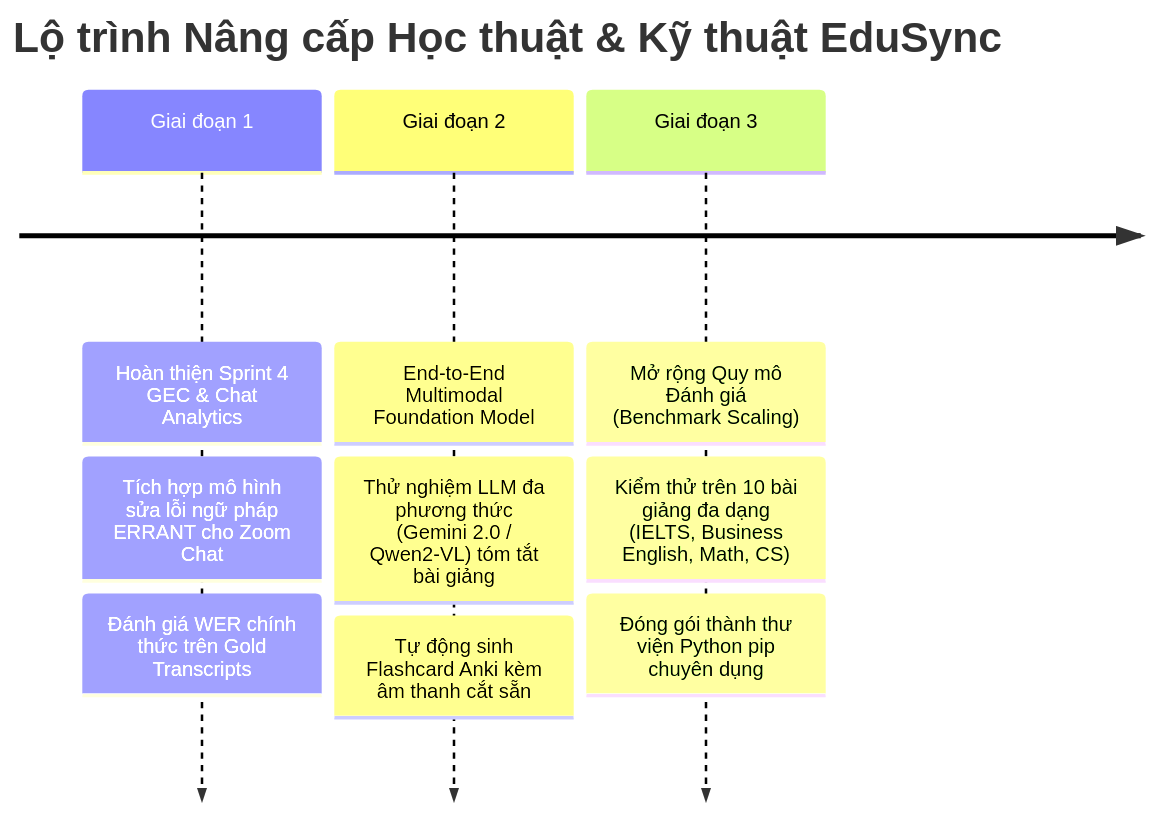
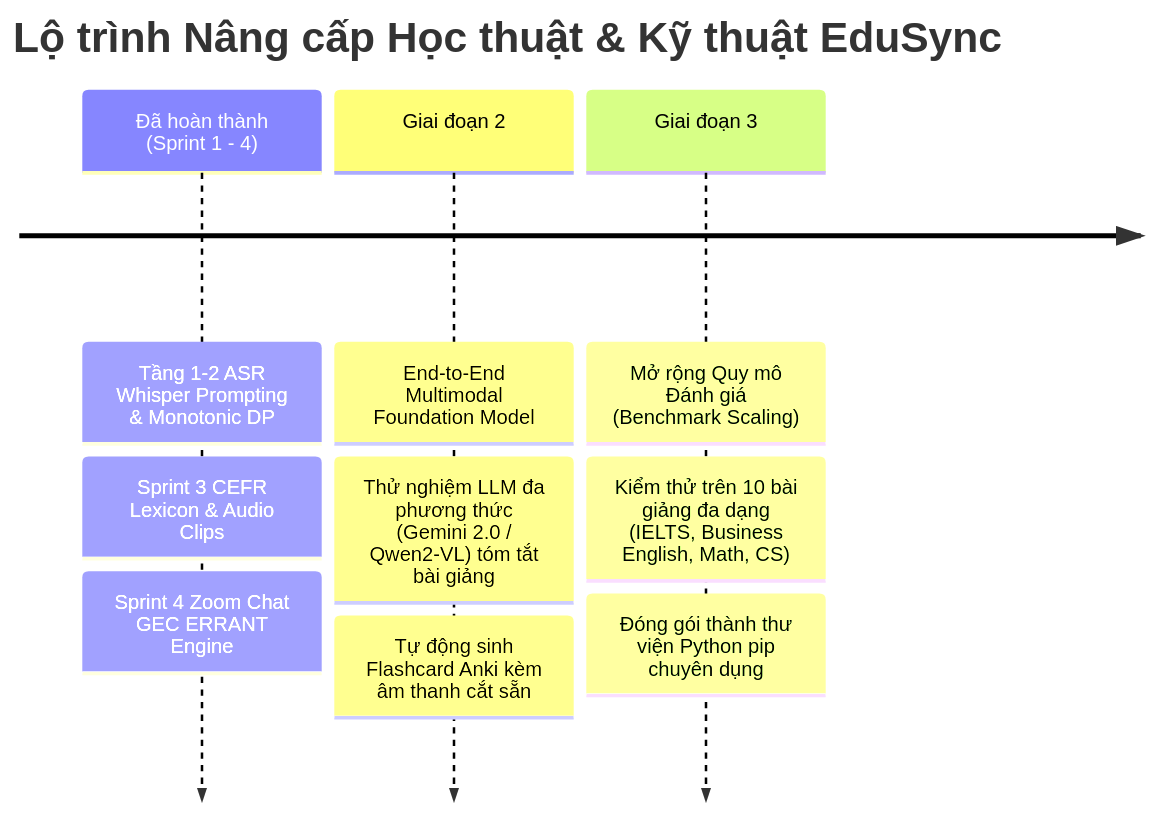
One commit to CelesEclipse/NLP501_edusync_mvp changed the second of 2 diagrams in report/edusync_nlp_architecture_and_literature.md. Above: the diagram before and after it, drawn with Mermaid. The commit also changed other lines of this file, not shown here.

Commit message:
docs(report): update NLP architecture with Sprint 4 GEC ERRANT engine details

````diff
--- a/report/edusync_nlp_architecture_and_literature.md
+++ b/report/edusync_nlp_architecture_and_literature.md
@@ -158,7 +171,7 @@
 ```mermaid
 timeline
     title Lộ trình Nâng cấp Học thuật & Kỹ thuật EduSync
-    Giai đoạn 1 : Hoàn thiện Sprint 4 GEC & Chat Analytics : Tích hợp mô hình sửa lỗi ngữ pháp ERRANT cho Zoom Chat : Đánh giá WER chính thức trên Gold Transcripts
+    Đã hoàn thành (Sprint 1 - 4) : Tầng 1-2 ASR Whisper Prompting & Monotonic DP : Sprint 3 CEFR Lexicon & Audio Clips : Sprint 4 Zoom Chat GEC ERRANT Engine
     Giai đoạn 2 : End-to-End Multimodal Foundation Model : Thử nghiệm LLM đa phương thức (Gemini 2.0 / Qwen2-VL) tóm tắt bài giảng : Tự động sinh Flashcard Anki kèm âm thanh cắt sẵn
     Giai đoạn 3 : Mở rộng Quy mô Đánh giá (Benchmark Scaling) : Kiểm thử trên 10 bài giảng đa dạng (IELTS, Business English, Math, CS) : Đóng gói thành thư viện Python pip chuyên dụng
 ```
````
